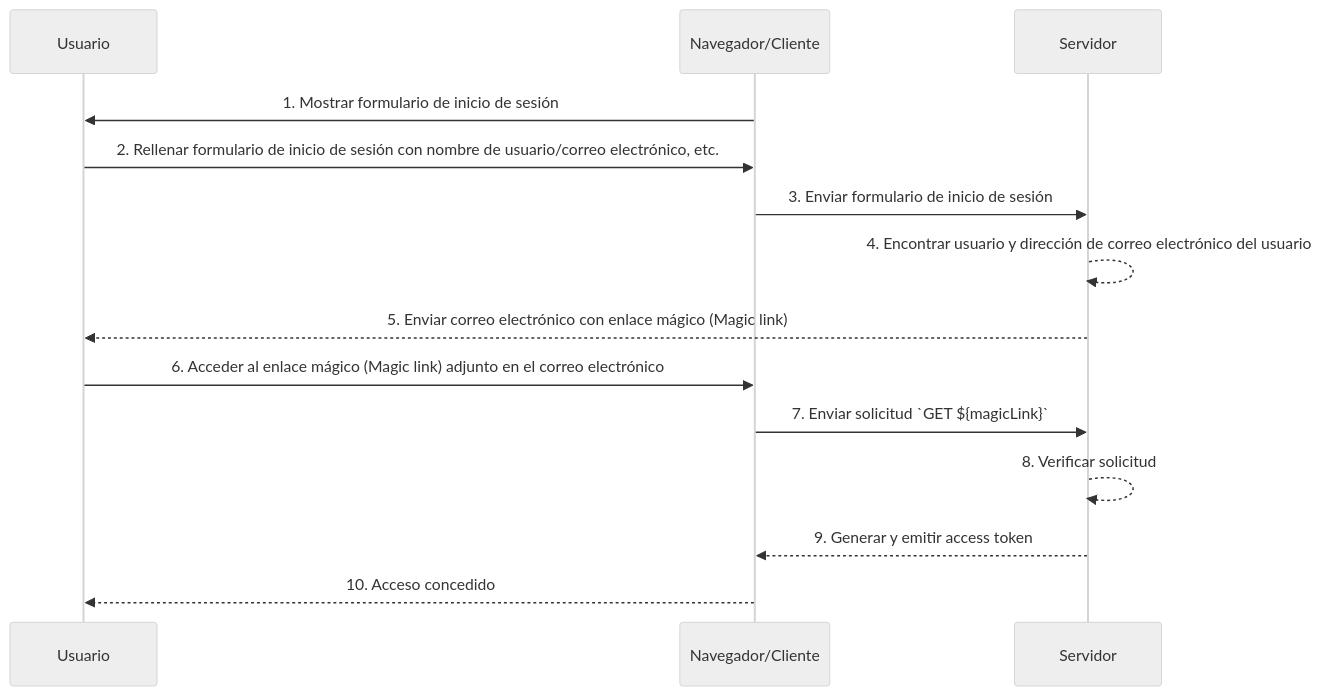
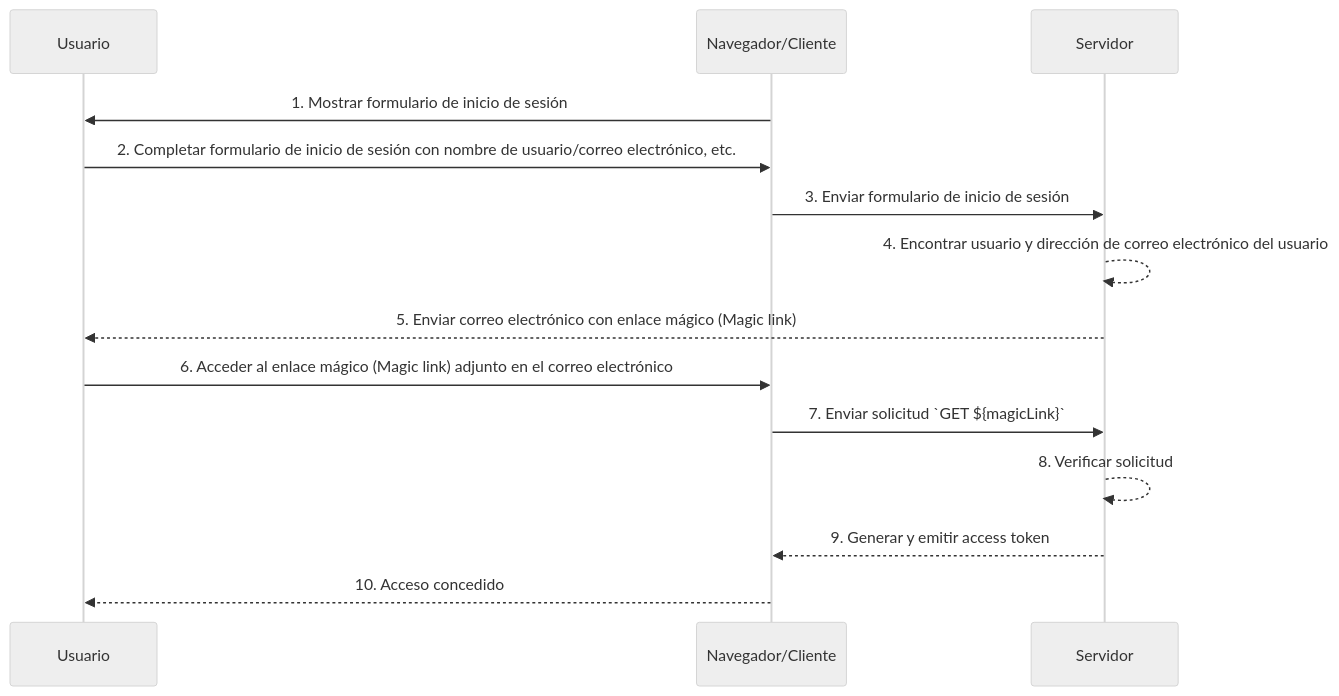
Before and after one commit to logto-io/auth-wiki: the diagram in src/content/terms/es/magic-link.mdx, drawn with Mermaid (neutral theme). The commit also changed other lines of this file and 98 other files, not shown here.

````diff
--- a/src/content/terms/es/magic-link.mdx
+++ b/src/content/terms/es/magic-link.mdx
@@ -31,16 +31,16 @@
 ```mermaid
 sequenceDiagram
     participant U as Usuario
     participant B as Navegador/Cliente
     participant S as Servidor
     B->>U: 1. Mostrar formulario de inicio de sesión
-    U->>B: 2. Rellenar formulario de inicio de sesión con nombre de usuario/correo electrónico, etc.
+    U->>B: 2. Completar formulario de inicio de sesión con nombre de usuario/correo electrónico, etc.
     B->>S: 3. Enviar formulario de inicio de sesión
     S-->>S: 4. Encontrar usuario y dirección de correo electrónico del usuario
     S-->>U: 5. Enviar correo electrónico con enlace mágico (Magic link)
     U->>B: 6. Acceder al enlace mágico (Magic link) adjunto en el correo electrónico
     B->>S: 7. Enviar solicitud `GET ${magicLink}`
     S-->>S: 8. Verificar solicitud
     S-->>B: 9. Generar y emitir access token
     B-->>U: 10. Acceso concedido
 ```
````
